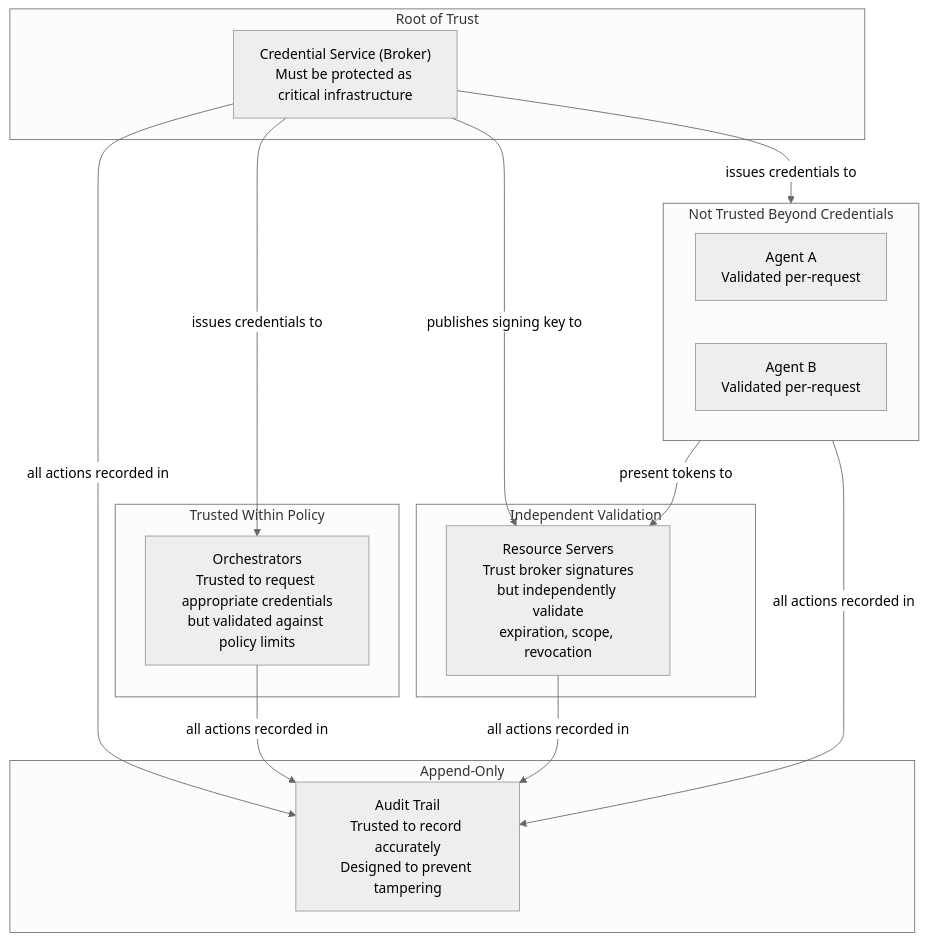
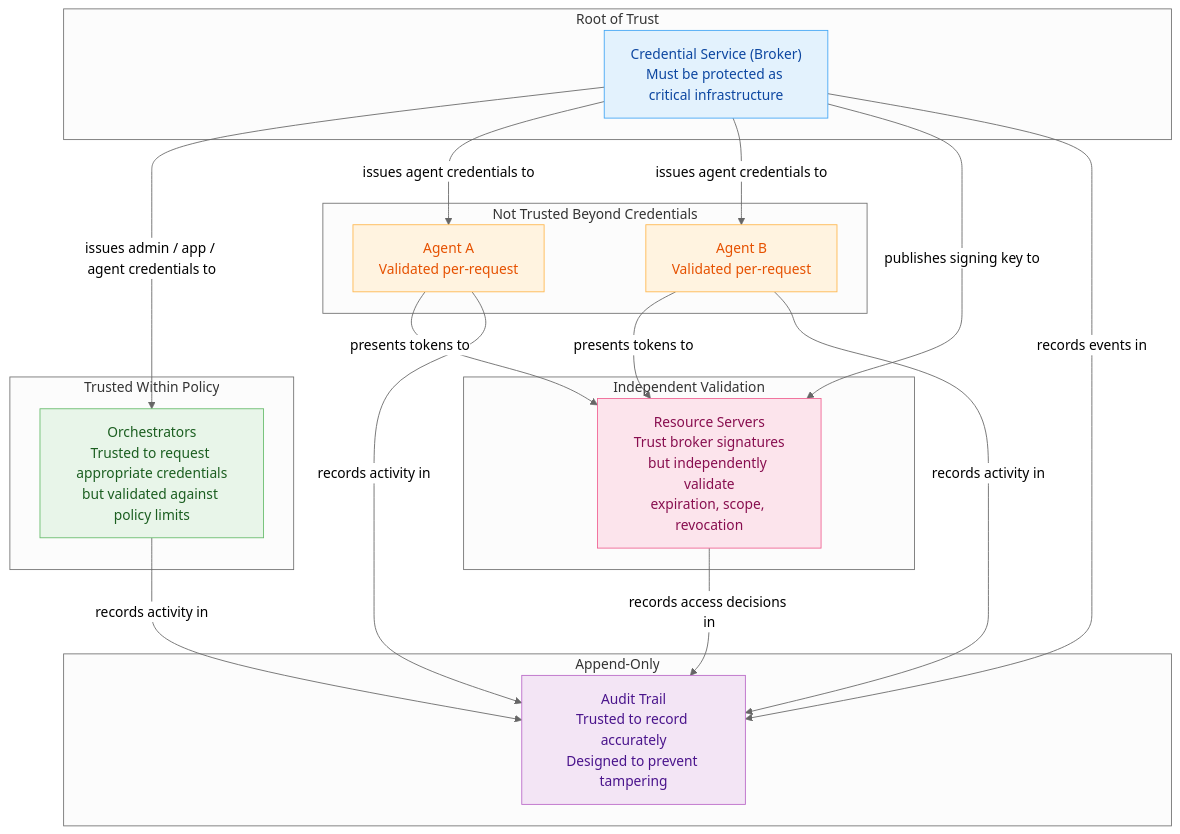
One commit to devonartis/agentwrit changed the ninth of 10 diagrams in docs/concepts.md. Above: the diagram before and after it, drawn with Mermaid (neutral theme). The commit also changed other lines of this file and 6 other files, not shown here.

First line of the commit message:
docs: align public diagrams and add svg companion

````diff
--- a/docs/concepts.md
+++ b/docs/concepts.md
@@ -422,29 +426,42 @@
 ```mermaid
 flowchart TB
     subgraph root["Root of Trust"]
         Broker["Credential Service (Broker)<br/>Must be protected as critical infrastructure"]
     end
 
     subgraph orchestrators["Trusted Within Policy"]
         Orch["Orchestrators<br/>Trusted to request appropriate credentials<br/>but validated against policy limits"]
     end
 
     subgraph agents["Not Trusted Beyond Credentials"]
         AgentA["Agent A<br/>Validated per-request"]
         AgentB["Agent B<br/>Validated per-request"]
     end
 
     subgraph resources["Independent Validation"]
         RS["Resource Servers<br/>Trust broker signatures<br/>but independently validate<br/>expiration, scope, revocation"]
     end
 
     subgraph audit["Append-Only"]
         AuditTrail["Audit Trail<br/>Trusted to record accurately<br/>Designed to prevent tampering"]
     end
 
-    Broker -->|"issues credentials to"| Orch
-    Broker -->|"issues credentials to"| agents
+    Broker -->|"issues admin / app / agent credentials to"| Orch
+    Broker -->|"issues agent credentials to"| AgentA
+    Broker -->|"issues agent credentials to"| AgentB
     Broker -->|"publishes signing key to"| RS
-    agents -->|"present tokens to"| RS
-    Broker & Orch & agents & RS -->|"all actions recorded in"| AuditTrail
+    AgentA -->|"presents tokens to"| RS
+    AgentB -->|"presents tokens to"| RS
+    Broker -->|"records events in"| AuditTrail
+    Orch -->|"records activity in"| AuditTrail
+    AgentA -->|"records activity in"| AuditTrail
+    AgentB -->|"records activity in"| AuditTrail
+    RS -->|"records access decisions in"| AuditTrail
+
+    style Broker fill:#e3f2fd,stroke:#42a5f5,color:#0d47a1
+    style Orch fill:#e8f5e9,stroke:#66bb6a,color:#1b5e20
+    style AgentA fill:#fff3e0,stroke:#ffb74d,color:#e65100
+    style AgentB fill:#fff3e0,stroke:#ffb74d,color:#e65100
+    style RS fill:#fce4ec,stroke:#f06292,color:#880e4f
+    style AuditTrail fill:#f3e5f5,stroke:#ba68c8,color:#4a148c
 ```
````
